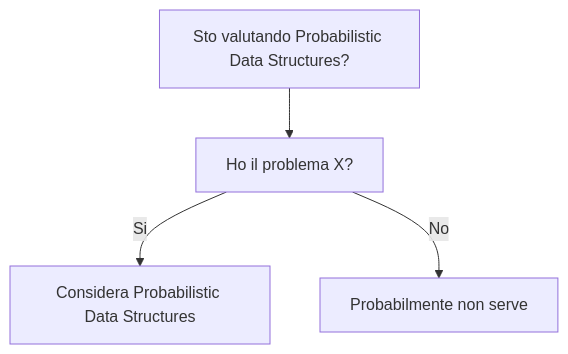
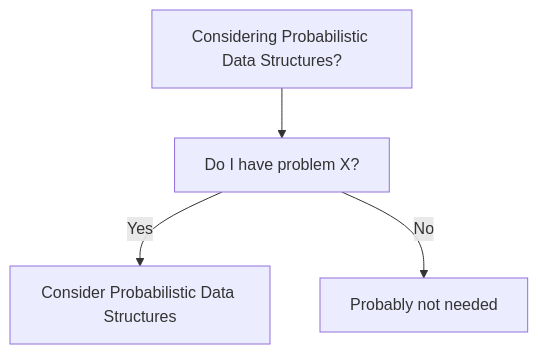
One commit to HxT9/Software-Dev-Wiki changed the diagram in dev-wiki/15_Algorithms_DataStructures/Probabilistic_Data_Structures/When_To_Use.md. Above: the diagram before and after it, drawn with Mermaid. The commit also changed other lines of this file and 3444 other files, not shown here.

````diff
--- a/dev-wiki/15_Algorithms_DataStructures/Probabilistic_Data_Structures/When_To_Use.md
+++ b/dev-wiki/15_Algorithms_DataStructures/Probabilistic_Data_Structures/When_To_Use.md
@@ -19,6 +19,6 @@
 ```mermaid
 flowchart TD
-  Q[Sto valutando Probabilistic Data Structures?] --> Q1[Ho il problema X?]
-  Q1 -->|Si| OK[Considera Probabilistic Data Structures]
-  Q1 -->|No| NO[Probabilmente non serve]
+  Q[Considering Probabilistic Data Structures?] --> Q1[Do I have problem X?]
+  Q1 -->|Yes| OK[Consider Probabilistic Data Structures]
+  Q1 -->|No| NO[Probably not needed]
 ```
````
